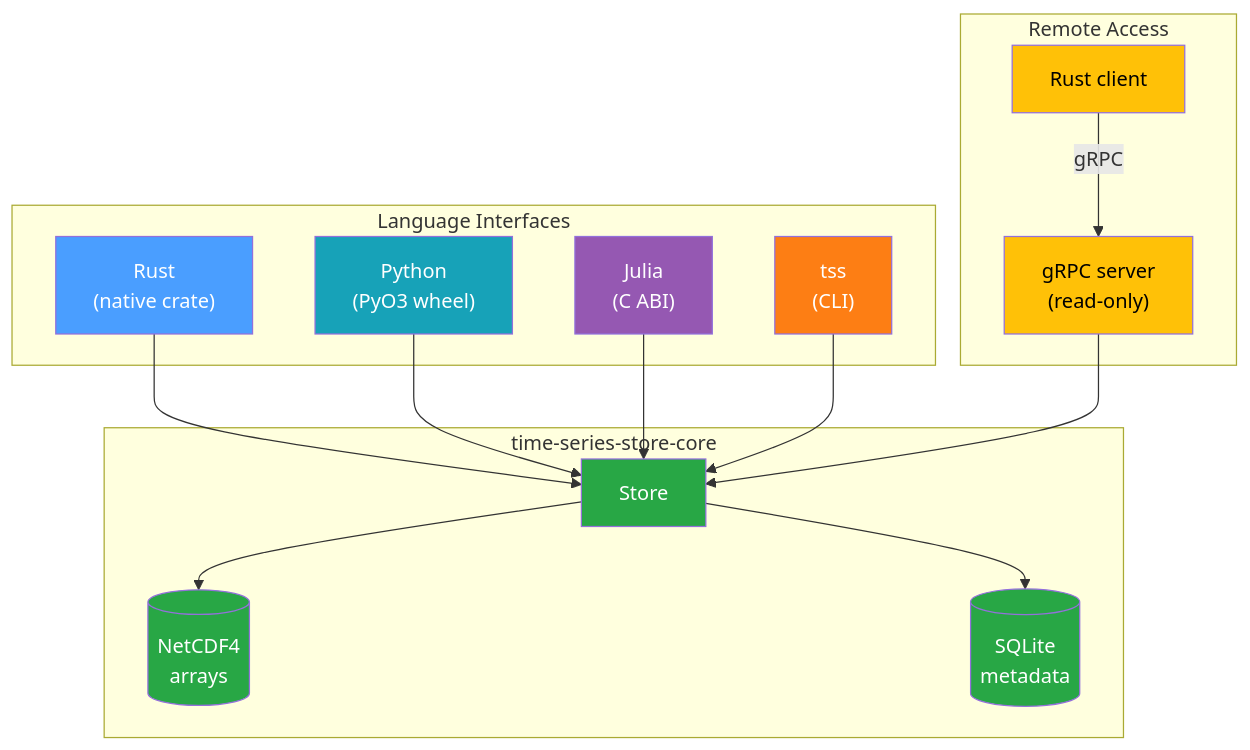
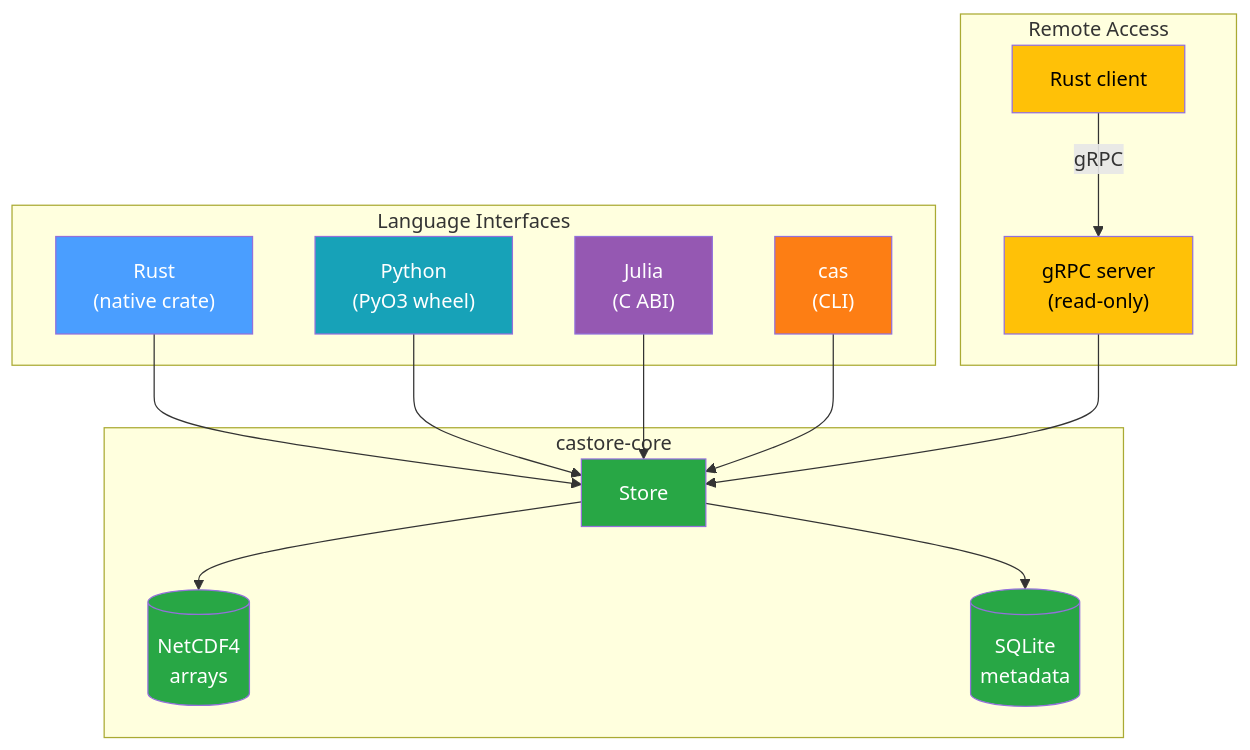
Before and after one commit to NatLabRockies/infrastore: the diagram in docs/src/introduction.md, drawn with Mermaid. The commit also changed other lines of this file and 169 other files, not shown here.

First line of the commit message:
Rename the package from time-series-store to castore

````diff
--- a/docs/src/introduction.md
+++ b/docs/src/introduction.md
@@ -11,37 +11,37 @@
 ```mermaid
 flowchart TB
     subgraph clients["Language Interfaces"]
         RUST["Rust<br/>(native crate)"]
         PY["Python<br/>(PyO3 wheel)"]
         JL["Julia<br/>(C ABI)"]
-        CLI["tss<br/>(CLI)"]
+        CLI["cas<br/>(CLI)"]
     end
 
-    subgraph core["time-series-store-core"]
+    subgraph core["castore-core"]
         STORE["Store"]
         STORE --> NC[("NetCDF4<br/>arrays")]
         STORE --> SQL[("SQLite<br/>metadata")]
     end
 
     subgraph remote["Remote Access"]
         SRV["gRPC server<br/>(read-only)"]
         RC["Rust client"]
     end
 
     RUST --> STORE
     PY --> STORE
     JL --> STORE
     CLI --> STORE
     SRV --> STORE
     RC -->|"gRPC"| SRV
 
     style RUST fill:#4a9eff,color:#fff
     style PY fill:#17a2b8,color:#fff
     style JL fill:#9558b2,color:#fff
     style CLI fill:#fd7e14,color:#fff
     style STORE fill:#28a745,color:#fff
     style NC fill:#28a745,color:#fff
     style SQL fill:#28a745,color:#fff
     style SRV fill:#ffc107,color:#000
     style RC fill:#ffc107,color:#000
 ```
````
